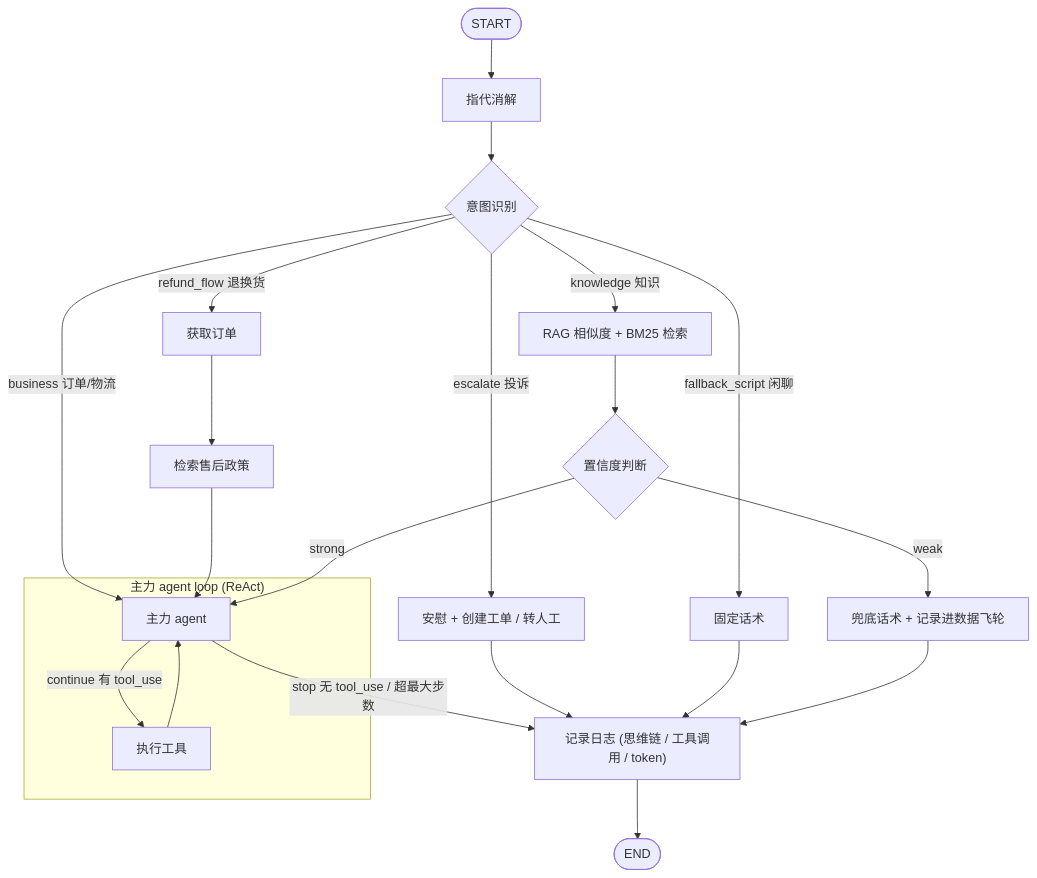
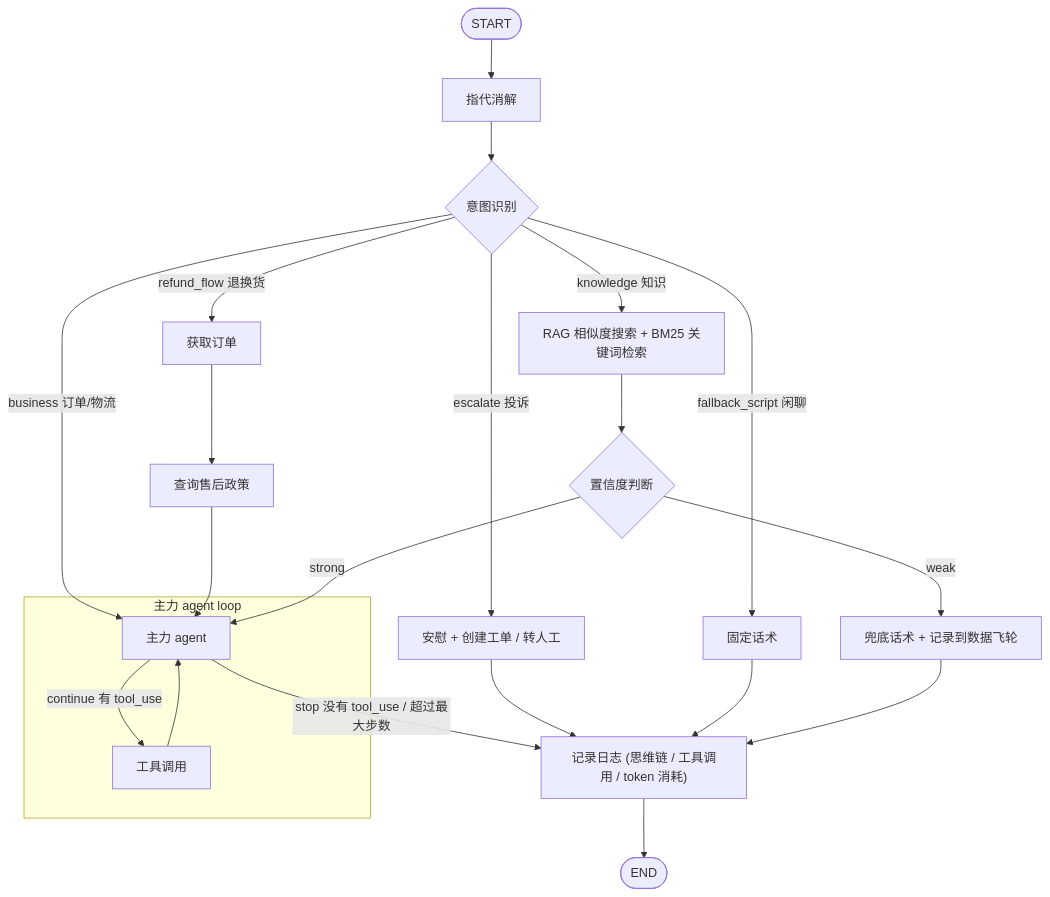
The diagram in content/docs/base/agent2/workflow.md (hangtiancheng/h), drawn with Mermaid before and after one commit. The commit also changed other lines of this file and 11 other files, not shown here.

````diff
--- a/content/docs/base/agent2/workflow.md
+++ b/content/docs/base/agent2/workflow.md
@@ -88,33 +88,33 @@
 ```mermaid
 %%{init: {'themeVariables': {'fontFamily': 'Yukino'}}}%%
 flowchart TD
   START([START]) --> resolve_reference["指代消解"]
   resolve_reference --> classify_intent{"意图识别"}
 
-  subgraph react["主力 agent loop (ReAct)"]
+  subgraph react["主力 agent loop"]
     main_agent["主力 agent"]
-    agent_tools["执行工具"]
+    agent_tools["工具调用"]
     main_agent -->|"continue 有 tool_use"| agent_tools
     agent_tools --> main_agent
   end
 
   classify_intent -->|"escalate 投诉"| complaint_reply["安慰 + 创建工单 / 转人工"]
   classify_intent -->|"fallback_script 闲聊"| script_reply["固定话术"]
-  classify_intent -->|"knowledge 知识"| retrieve_knowledge["RAG 相似度 + BM25 检索"]
+  classify_intent -->|"knowledge 知识"| retrieve_knowledge["RAG 相似度搜索 + BM25 关键词检索"]
   classify_intent -->|"refund_flow 退换货"| fetch_order["获取订单"]
   classify_intent -->|"business 订单/物流"| main_agent
 
-  fetch_order --> retrieve_policy["检索售后政策"]
+  fetch_order --> retrieve_policy["查询售后政策"]
   retrieve_policy --> main_agent
 
   retrieve_knowledge --> confidence_check{"置信度判断"}
   confidence_check -->|"strong"| main_agent
-  confidence_check -->|"weak"| fallback_reply["兜底话术 + 记录进数据飞轮"]
+  confidence_check -->|"weak"| fallback_reply["兜底话术 + 记录到数据飞轮"]
 
-  main_agent -->|"stop 无 tool_use / 超最大步数"| log
+  main_agent -->|"stop 没有 tool_use / 超过最大步数"| log
 
   complaint_reply --> log
   script_reply --> log
   fallback_reply --> log
-  log["记录日志 (思维链 / 工具调用 / token)"] --> END([END])
+  log["记录日志 (思维链 / 工具调用 / token 消耗)"] --> END([END])
 ```
````
